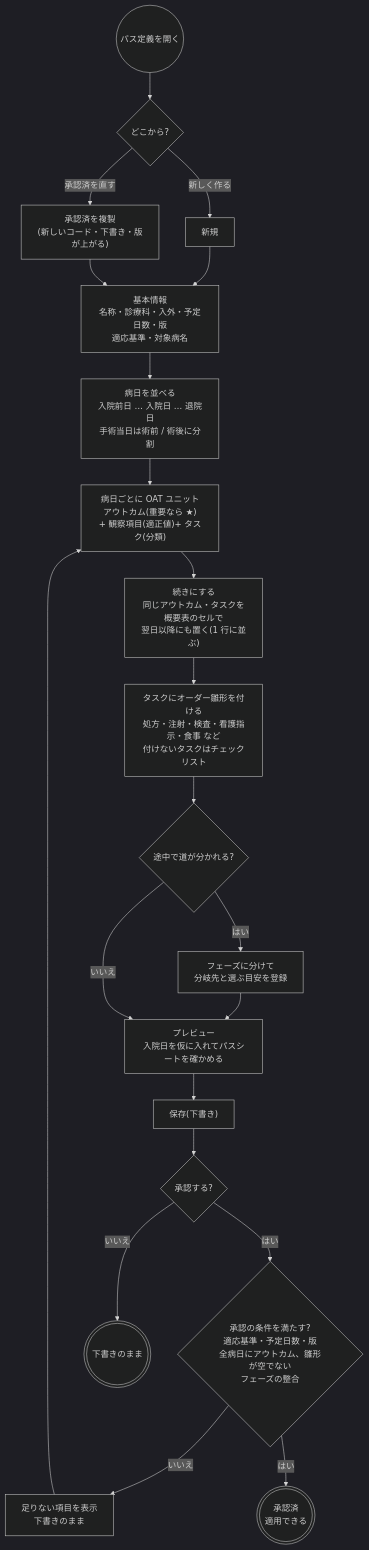
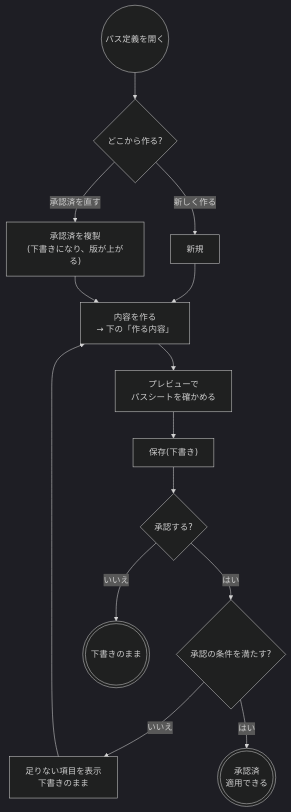
Before and after one commit to ysnr-dev/fhir-client-docs: the second of 7 diagrams in docs/flows/clinical-pathway.md, drawn with Mermaid (dark theme). The commit also changed other lines of this file and 43 other files, not shown here.

Commit message:
docs: 業務フローとシーケンス図を写し直し

````diff
--- a/docs/flows/clinical-pathway.md
+++ b/docs/flows/clinical-pathway.md
@@ -100,33 +129,24 @@
 ```mermaid
 flowchart TD
   open(("パス定義を開く"))
-  from{"どこから?"}
+  from{"どこから作る?"}
   new["新規"]
-  copy["承認済を複製<br/>(新しいコード・下書き・版が上がる)"]
-  basic["基本情報<br/>名称・診療科・入外・予定日数・版<br/>適応基準・対象病名"]
-  days["病日を並べる<br/>入院前日 … 入院日 … 退院日<br/>手術当日は術前 / 術後に分割"]
-  units["病日ごとに OAT ユニット<br/>アウトカム(重要なら ★)<br/>+ 観察項目(適正値)+ タスク(分類)"]
-  series["続きにする<br/>同じアウトカム・タスクを概要表のセルで<br/>翌日以降にも置く(1 行に並ぶ)"]
-  templates["タスクにオーダー雛形を付ける<br/>処方・注射・検査・看護指示・食事 など<br/>付けないタスクはチェックリスト"]
-  phases{"途中で道が分かれる?"}
-  branch["フェーズに分けて<br/>分岐先と選ぶ目安を登録"]
-  preview["プレビュー<br/>入院日を仮に入れてパスシートを確かめる"]
+  copy["承認済を複製<br/>(下書きになり、版が上がる)"]
+  edit["内容を作る<br/>→ 下の「作る内容」"]
+  preview["プレビューで<br/>パスシートを確かめる"]
   save["保存(下書き)"]
   approveQ{"承認する?"}
-  check{"承認の条件を満たす?<br/>適応基準・予定日数・版<br/>全病日にアウトカム、雛形が空でない<br/>フェーズの整合"}
+  check{"承認の条件を満たす?"}
   error["足りない項目を表示<br/>下書きのまま"]
   approved((("承認済<br/>適用できる")))
   draftEnd((("下書きのまま")))
 
   open --> from
-  from -- "新しく作る" --> new --> basic
-  from -- "承認済を直す" --> copy --> basic
-  basic --> days --> units --> series --> templates --> phases
-  phases -- "はい" --> branch --> preview
-  phases -- "いいえ" --> preview
-  preview --> save --> approveQ
+  from -- "新しく作る" --> new --> edit
+  from -- "承認済を直す" --> copy --> edit
+  edit --> preview --> save --> approveQ
   approveQ -- "いいえ" --> draftEnd
   approveQ -- "はい" --> check
-  check -- "いいえ" --> error --> units
+  check -- "いいえ" --> error --> edit
   check -- "はい" --> approved
 ```
````
